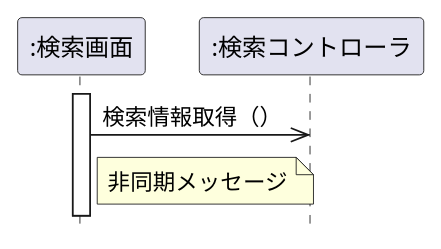
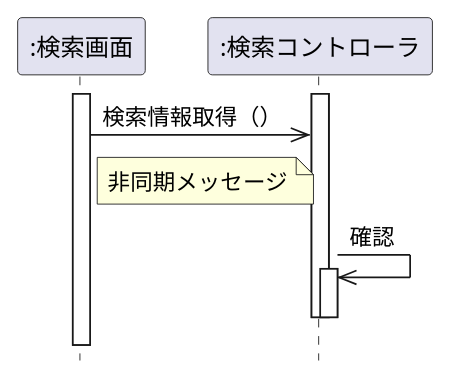
The diagram in 演習4-2_SD_利用者と予約画面.pu (itchita/uml-introduction), drawn with PlantUML before and after one commit.

Commit message:
修正

```diff
--- a/演習4-2_SD_利用者と予約画面.pu
+++ b/演習4-2_SD_利用者と予約画面.pu
@@ -1,13 +1,15 @@
 @startuml
 
  hide footbox
 skinparam style strictuml /' 厳密なUMLに準拠する'/
 participant ":検索画面" as seach
 participant ":検索コントローラ" as control
 activate seach
-
+activate control
 seach ->> control: 検索情報取得（）
+note right of seach : 非同期メッセージ
+control ->> control :確認
+activate control 
 deactivate control
-note right of seach : 非同期メッセージ
-
+deactivate control
 @enduml
```
